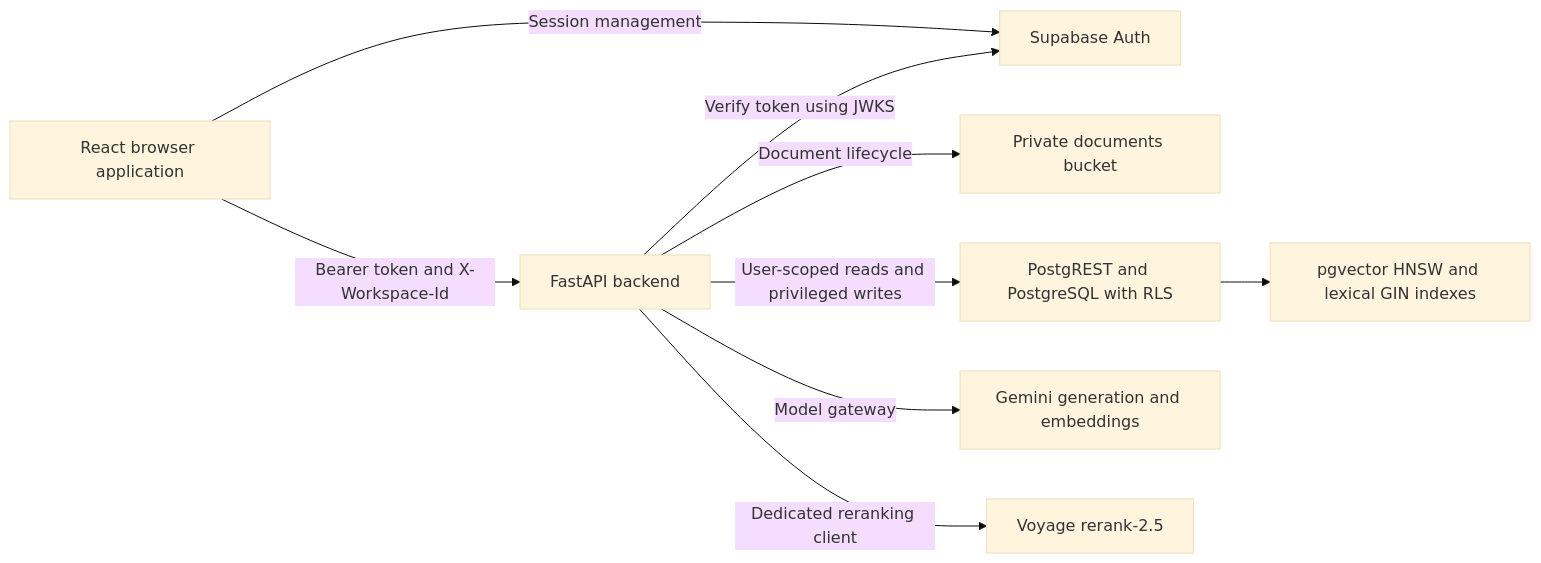
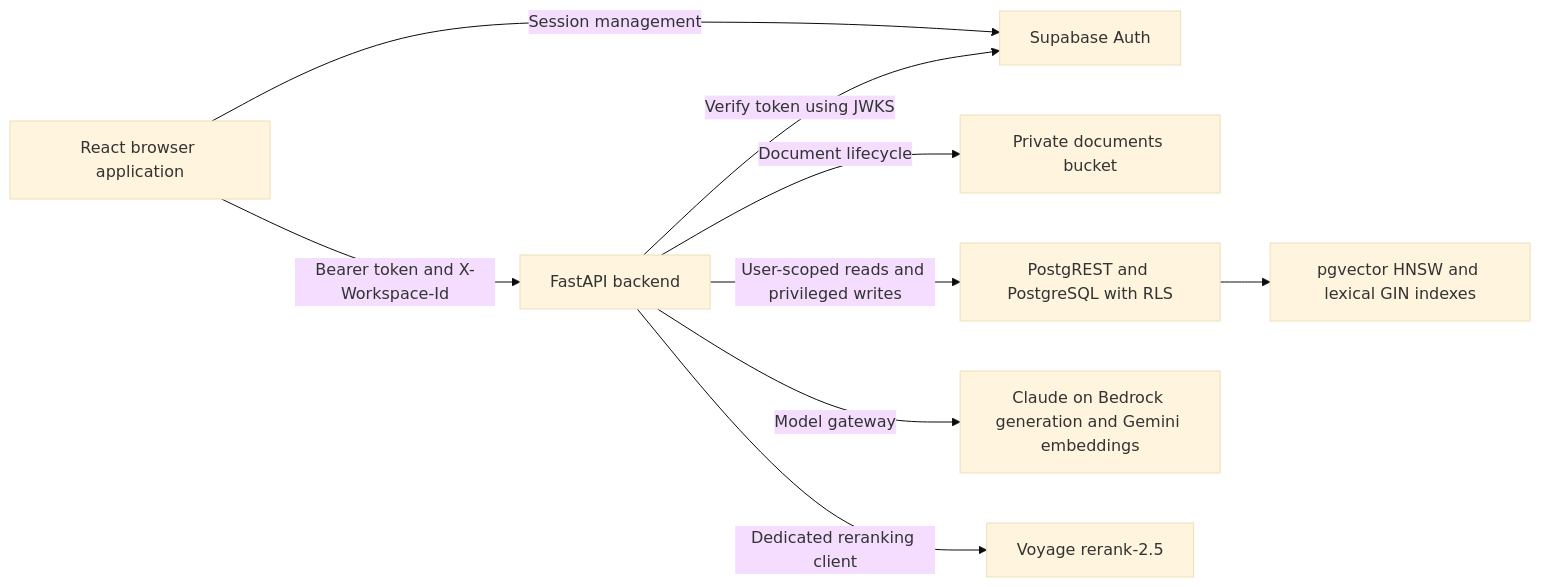
One commit to esanduo-dt3/MeridianAI changed the first of 6 diagrams in kavia-docs/CodeWiki/Architecture/system-architecture-and-rag-pipeline.md. Above: the diagram before and after it, drawn with Mermaid (base theme). The commit also changed other lines of this file and 9 other files, not shown here.

Commit message:
docs: update CodeWiki architecture docs and indexes

````diff
--- a/kavia-docs/CodeWiki/Architecture/system-architecture-and-rag-pipeline.md
+++ b/kavia-docs/CodeWiki/Architecture/system-architecture-and-rag-pipeline.md
@@ -21,20 +25,20 @@
 ```mermaid
 flowchart LR
     Browser["React browser application"]
     Auth["Supabase Auth"]
     API["FastAPI backend"]
     Storage["Private documents bucket"]
     DB["PostgREST and PostgreSQL with RLS"]
     Indexes["pgvector HNSW and lexical GIN indexes"]
-    Gemini["Gemini generation and embeddings"]
+    Gemini["Claude on Bedrock generation and Gemini embeddings"]
     Voyage["Voyage rerank-2.5"]
 
     Browser -->|"Session management"| Auth
     Browser -->|"Bearer token and X-Workspace-Id"| API
     API -->|"Verify token using JWKS"| Auth
     API -->|"Document lifecycle"| Storage
     API -->|"User-scoped reads and privileged writes"| DB
     DB --> Indexes
     API -->|"Model gateway"| Gemini
     API -->|"Dedicated reranking client"| Voyage
 ```
````
